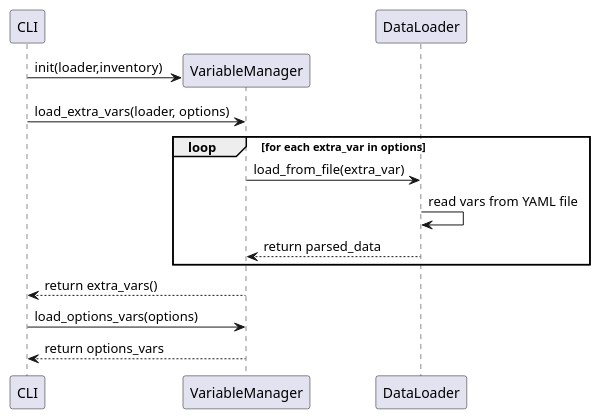
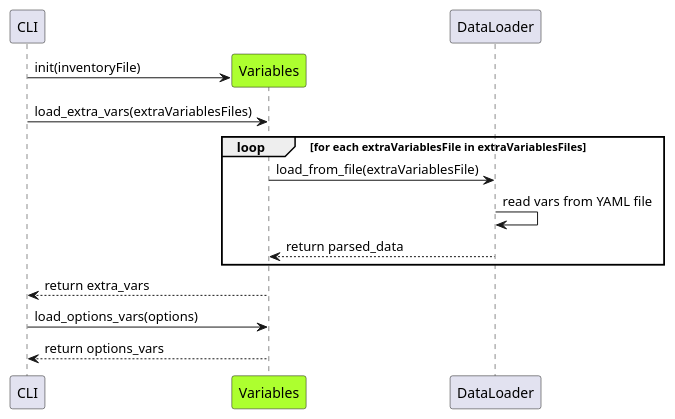
The diagram in project/uml/CLI_Configuration/VariableManager.puml (ezequiels/nazz), drawn with PlantUML before and after one commit. The commit also changed 1 other file, not shown here.

Commit message:
Move CLI sequence diagrams to different folder. Update domain diagrams.

```diff
--- a/project/uml/CLI_Configuration/VariableManager.puml
+++ b/project/uml/CLI_Configuration/VariableManager.puml
@@ -1,16 +1,17 @@
 @startuml
 participant CLI
-create VariableManager
-CLI -> VariableManager: init(loader,inventory)
-CLI -> VariableManager: load_extra_vars(loader, options)
-loop for each extra_var in options
-VariableManager -> DataLoader: load_from_file(extra_var)
+participant Variables #greenYellow
+create Variables
+CLI -> Variables: init(inventoryFile)
+CLI -> Variables: load_extra_vars(extraVariablesFiles)
+loop for each extraVariablesFile in extraVariablesFiles
+Variables -> DataLoader: load_from_file(extraVariablesFile)
 DataLoader -> DataLoader: read vars from YAML file
-VariableManager <-- DataLoader: return parsed_data
+Variables <-- DataLoader: return parsed_data
 end loop
-CLI <-- VariableManager: return extra_vars()
+CLI <-- Variables: return extra_vars
 
-CLI -> VariableManager: load_options_vars(options)
-CLI <-- VariableManager: return options_vars
+CLI -> Variables: load_options_vars(options)
+CLI <-- Variables: return options_vars
 
 @enduml
```
